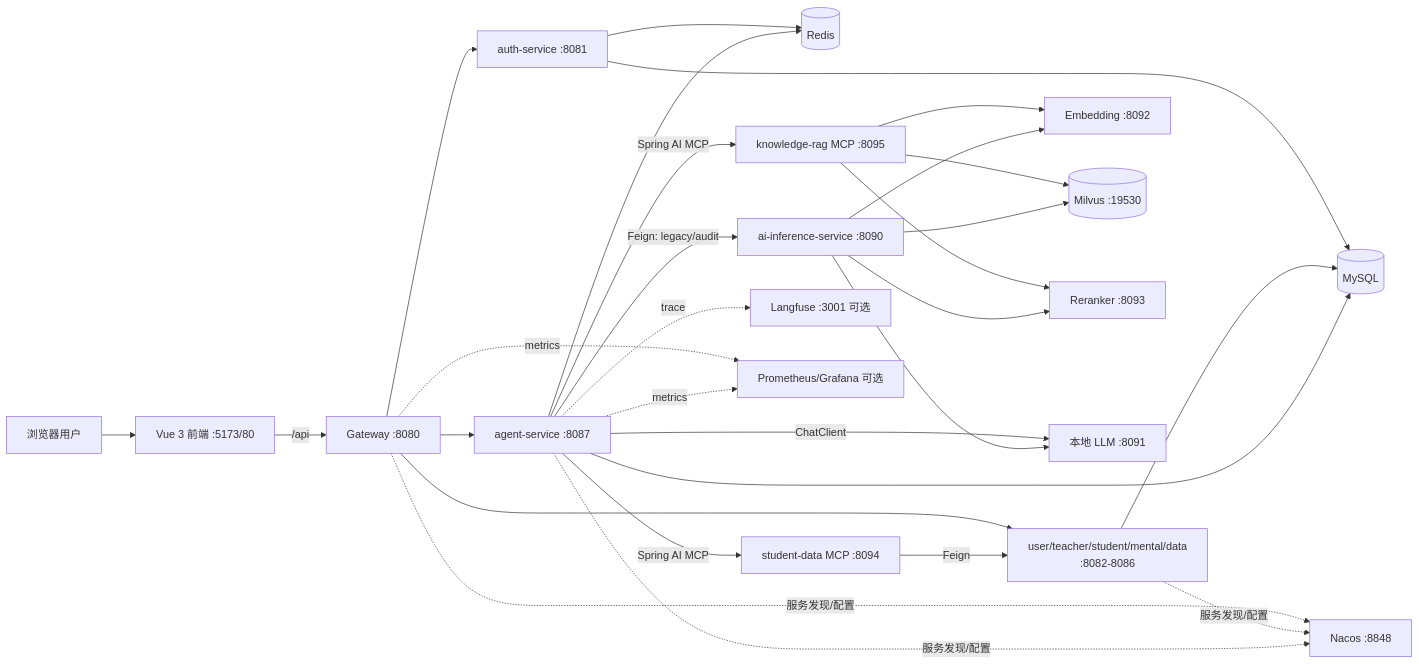
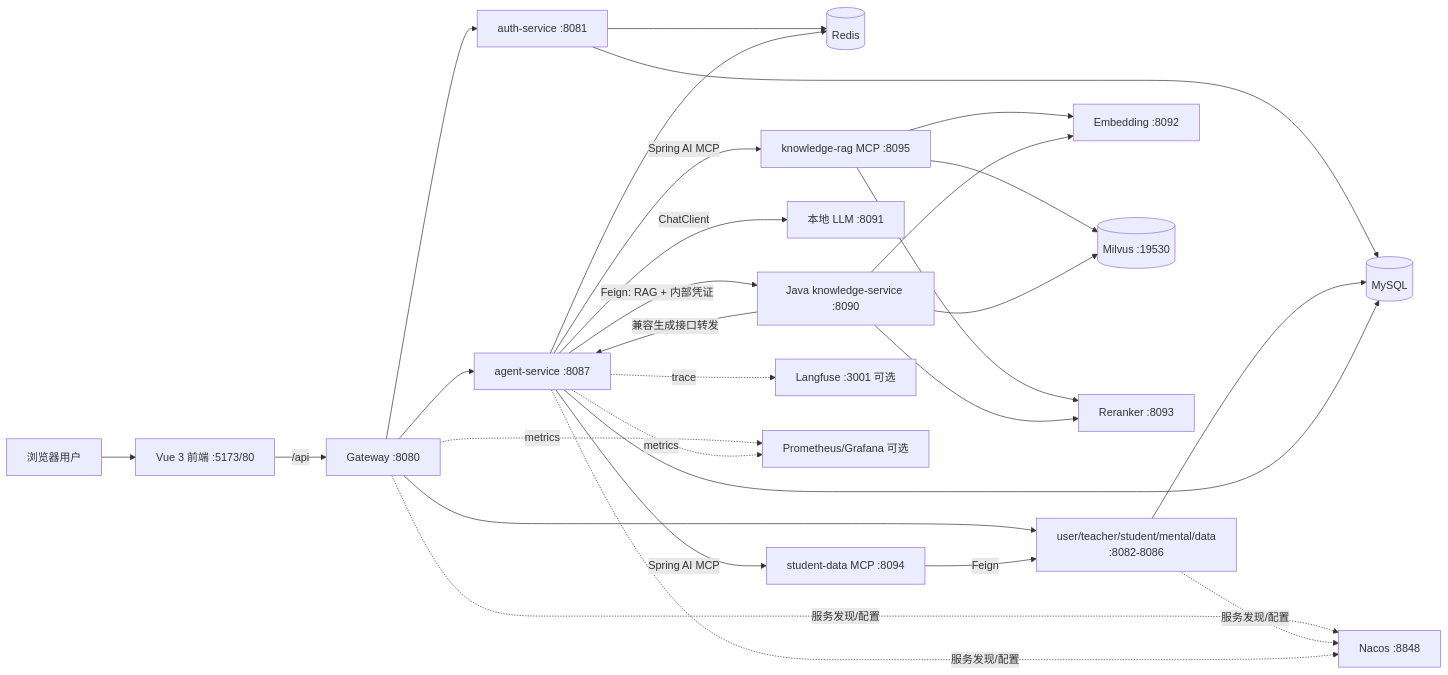
The first of 2 diagrams in ARCHITECTURE.md (liuzhne/resource-profile), drawn with Mermaid before and after one commit. The commit also changed other lines of this file and 416 other files, not shown here.

````diff
--- a/ARCHITECTURE.md
+++ b/ARCHITECTURE.md
@@ -12,35 +14,35 @@
 ```mermaid
 flowchart LR
     U[浏览器用户] --> FE[Vue 3 前端 :5173/80]
     FE -->|/api| GW[Gateway :8080]
     GW --> AUTH[auth-service :8081]
     GW --> BIZ[user/teacher/student/mental/data<br/>:8082-8086]
     GW --> AGENT[agent-service :8087]
 
     AUTH --> MYSQL[(MySQL)]
     AUTH --> REDIS[(Redis)]
     BIZ --> MYSQL
     AGENT --> MYSQL
     AGENT --> REDIS
 
     AGENT -->|Spring AI MCP| SDMCP[student-data MCP :8094]
     AGENT -->|Spring AI MCP| KRMCP[knowledge-rag MCP :8095]
     SDMCP -->|Feign| BIZ
     KRMCP --> EMB[Embedding :8092]
     KRMCP --> MILVUS[(Milvus :19530)]
     KRMCP --> RERANK[Reranker :8093]
 
     AGENT -->|ChatClient| LLM[本地 LLM :8091]
-    AGENT -->|Feign: legacy/audit| PY[ai-inference-service :8090]
-    PY --> LLM
+    AGENT -->|Feign: RAG + 内部凭证| PY[Java knowledge-service :8090]
+    PY -->|兼容生成接口转发| AGENT
     PY --> EMB
     PY --> MILVUS
     PY --> RERANK
 
     GW -.服务发现/配置.-> NACOS[Nacos :8848]
     BIZ -.服务发现/配置.-> NACOS
     AGENT -.服务发现/配置.-> NACOS
     AGENT -.trace.-> LF[Langfuse :3001 可选]
     GW -.metrics.-> PROM[Prometheus/Grafana 可选]
     AGENT -.metrics.-> PROM
 ```
````
